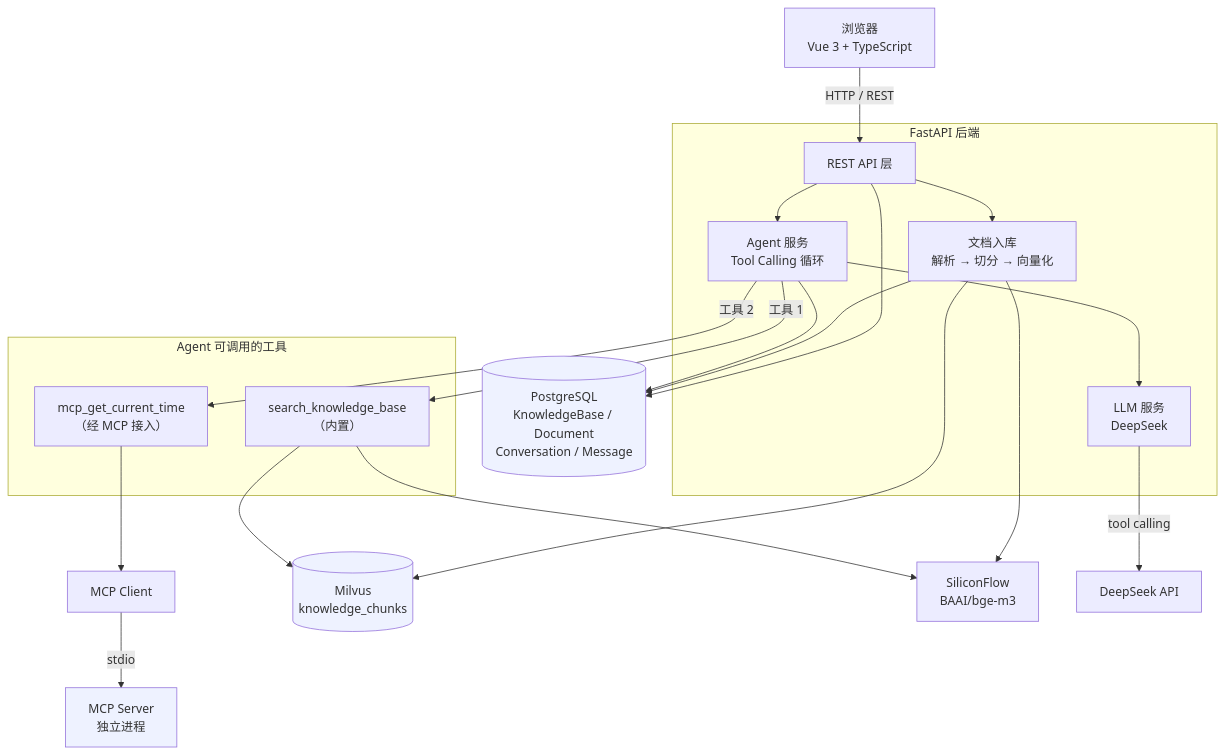
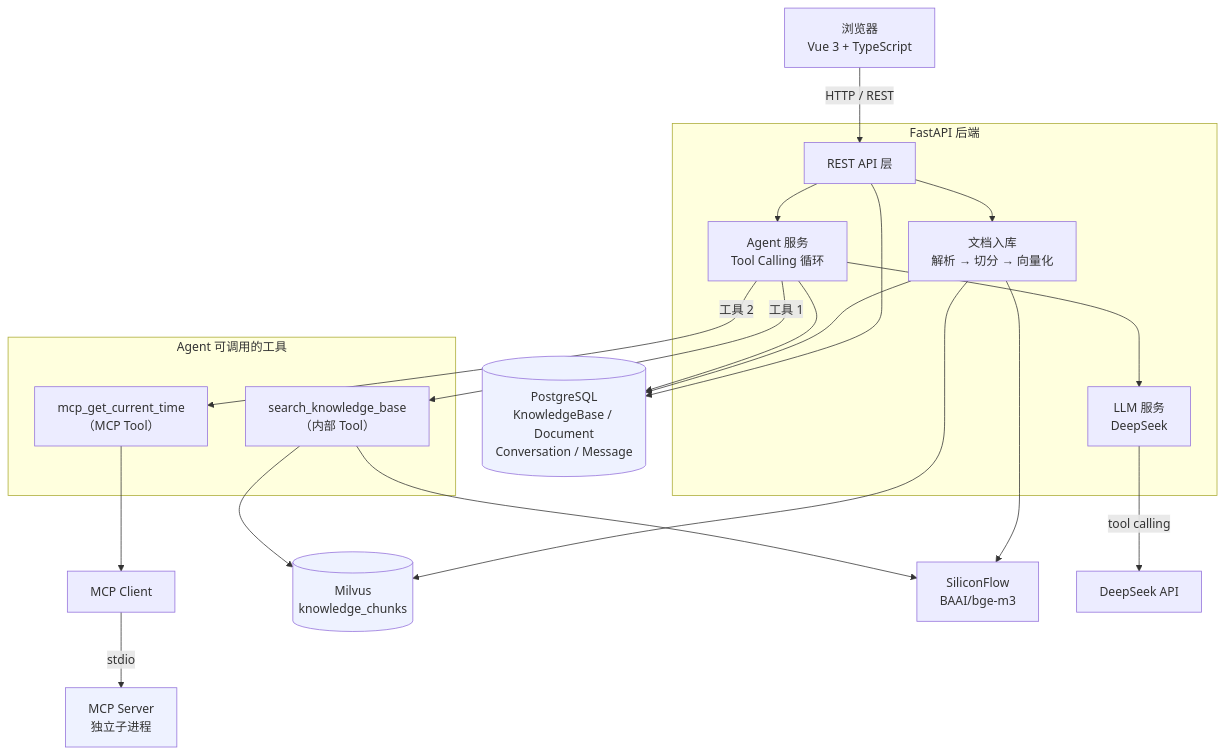
Before and after one commit to lh350-clou/ai-agent-platform: the first of 3 diagrams in README.md, drawn with Mermaid. The commit also changed other lines of this file, not shown here.

````diff
--- a/README.md
+++ b/README.md
@@ -54,50 +54,45 @@
 ```mermaid
 flowchart TB
     Browser["浏览器<br/>Vue 3 + TypeScript"]
 
     subgraph Backend["FastAPI 后端"]
         API["REST API 层"]
         Agent["Agent 服务<br/>Tool Calling 循环"]
         Ingest["文档入库<br/>解析 → 切分 → 向量化"]
         LLM["LLM 服务<br/>DeepSeek"]
     end
 
     subgraph Tools["Agent 可调用的工具"]
-        KBSearch["search_knowledge_base<br/>（内置）"]
-        MCPTool["mcp_get_current_time<br/>（经 MCP 接入）"]
+        KBSearch["search_knowledge_base<br/>（内部 Tool）"]
+        MCPTool["mcp_get_current_time<br/>（MCP Tool）"]
     end
 
     MCPClient["MCP Client"]
-    MCPServer["MCP Server<br/>独立进程"]
+    MCPServer["MCP Server<br/>独立子进程"]
 
     PG[("PostgreSQL<br/>KnowledgeBase / Document<br/>Conversation / Message")]
     Milvus[("Milvus<br/>knowledge_chunks")]
     Embed["SiliconFlow<br/>BAAI/bge-m3"]
     DeepSeek["DeepSeek API"]
 
     Browser -->|"HTTP / REST"| API
     API --> Agent
     API --> Ingest
-
     Agent --> LLM
     LLM -->|"tool calling"| DeepSeek
-
     Agent -->|"工具 1"| KBSearch
     Agent -->|"工具 2"| MCPTool
-
     KBSearch --> Embed
     KBSearch --> Milvus
     Ingest --> Embed
     Ingest --> Milvus
-
     MCPTool --> MCPClient
     MCPClient -->|"stdio"| MCPServer
-
     Agent --> PG
     Ingest --> PG
     API --> PG
 
     style MCPServer fill:#eef2ff
     style Milvus fill:#eef2ff
     style PG fill:#eef2ff
 ```
````
